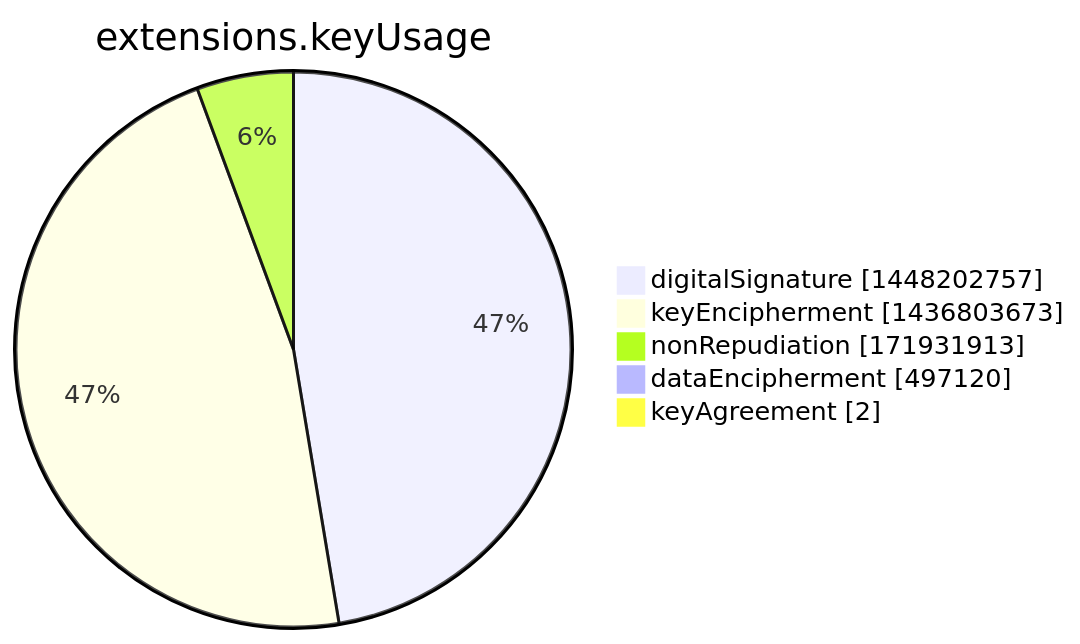
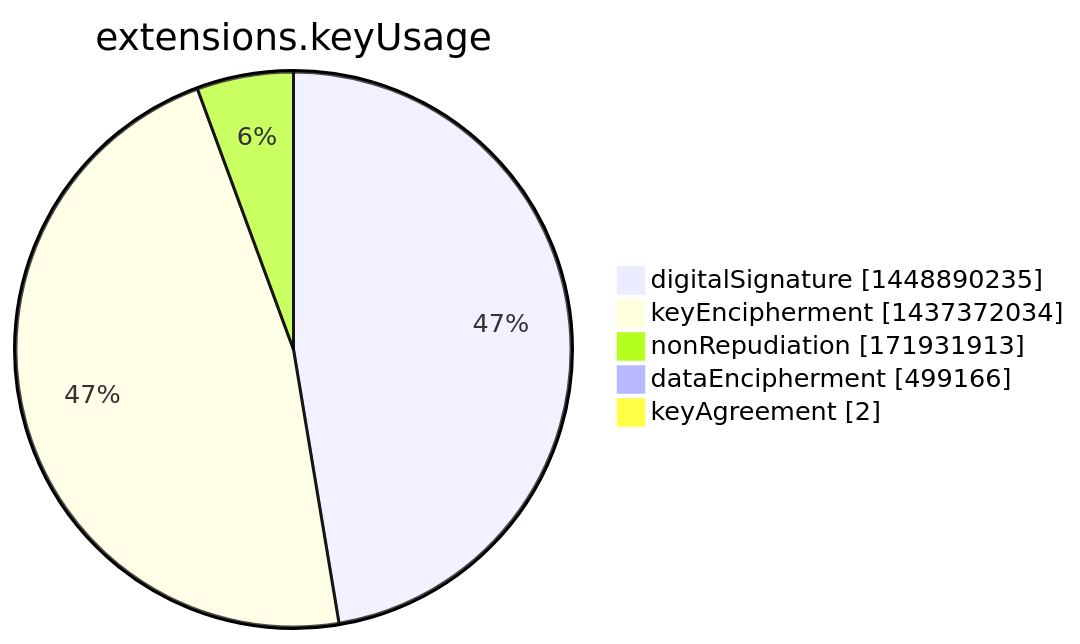
Before and after one commit to christiankrug/ctmonitor_visualization: the seventh of 15 diagrams in argon2022/README.md, drawn with Mermaid. The commit also changed other lines of this file, not shown here.

````diff
--- a/argon2022/README.md
+++ b/argon2022/README.md
@@ -2751,9 +2751,9 @@
 ```mermaid
 pie showData
 title extensions.keyUsage
-"digitalSignature" :1448202757
-"keyEncipherment" :1436803673
+"digitalSignature" :1448890235
+"keyEncipherment" :1437372034
 "nonRepudiation" :171931913
-"dataEncipherment" :497120
+"dataEncipherment" :499166
 "keyAgreement" :2
 ```
````
